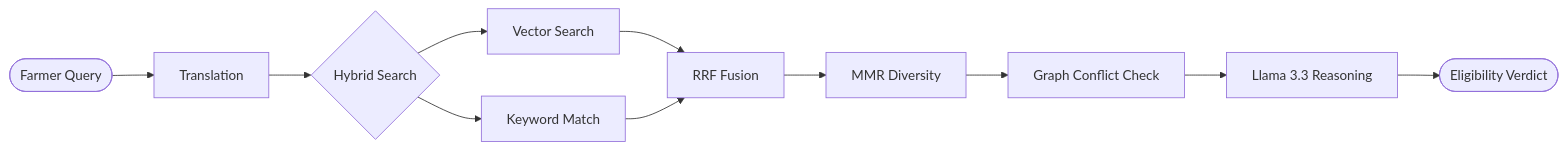
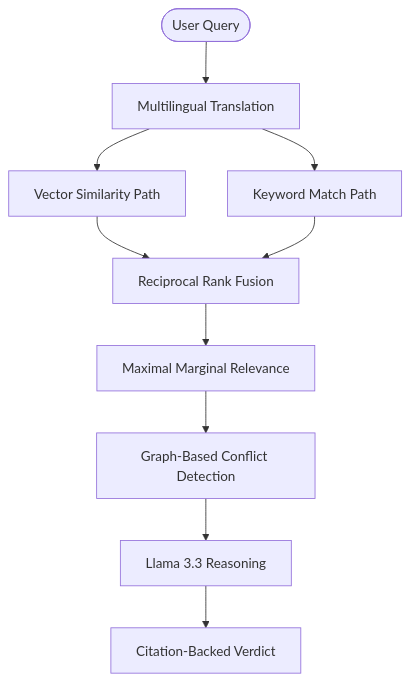
Before and after one commit to abhay-patil-cse27/agri-scheme-eligibility-rag: the diagram in README.md, drawn with Mermaid. The commit also changed other lines of this file, not shown here.

Commit message:
docs: finalized interactive and professional README with RAG USPs and diagrams

````diff
--- a/README.md
+++ b/README.md
@@ -49,13 +50,12 @@
 ```mermaid
-graph LR
-    User([Farmer Query]) --> Trans[Translation]
-    Trans --> Hybrid{Hybrid Search}
-    Hybrid --> Vector[Vector Search]
-    Hybrid --> Keyword[Keyword Match]
-    Vector --> RRF[RRF Fusion]
+graph TD
+    User([User Query]) --> Trans[Multilingual Translation]
+    Trans --> Vector[Vector Similarity Path]
+    Trans --> Keyword[Keyword Match Path]
+    Vector --> RRF[Reciprocal Rank Fusion]
     Keyword --> RRF
-    RRF --> MMR[MMR Diversity]
-    MMR --> Graph[Graph Conflict Check]
+    RRF --> MMR[Maximal Marginal Relevance]
+    MMR --> Graph[Graph-Based Conflict Detection]
     Graph --> LLM[Llama 3.3 Reasoning]
-    LLM --> Verdict([Eligibility Verdict])
+    LLM --> Citation[Citation-Backed Verdict]
 ```
````
